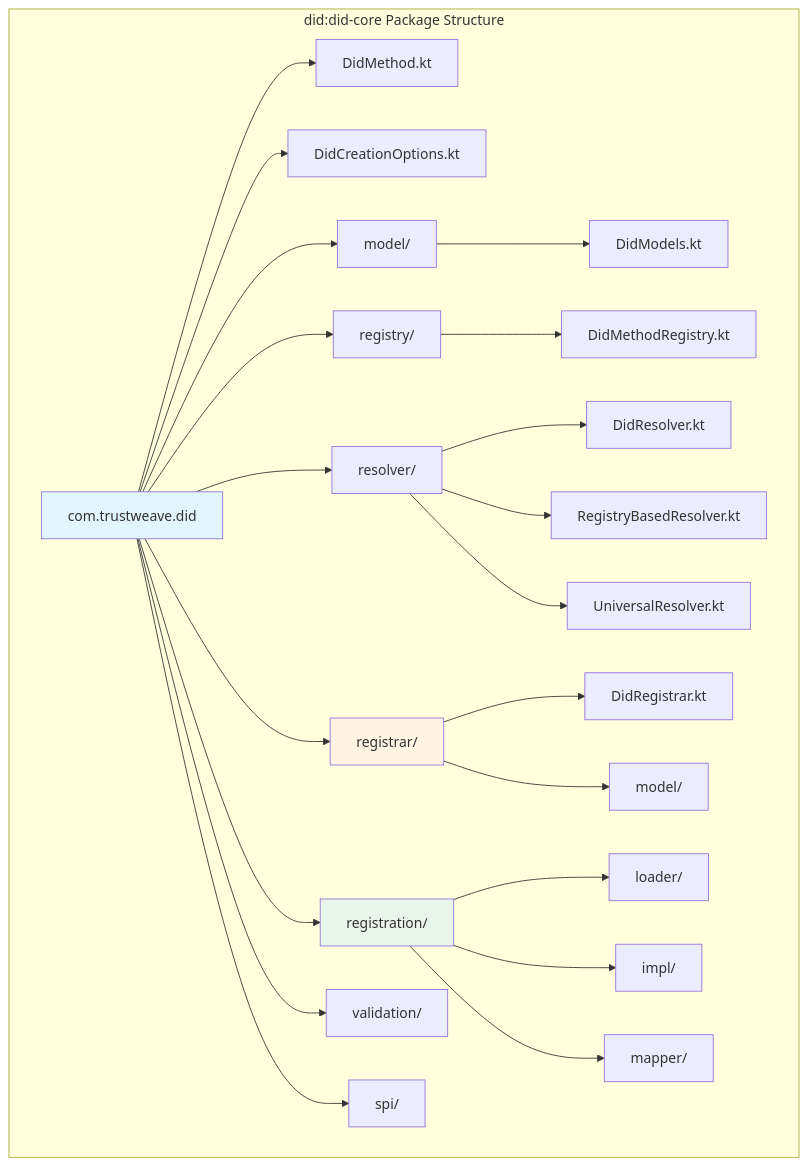
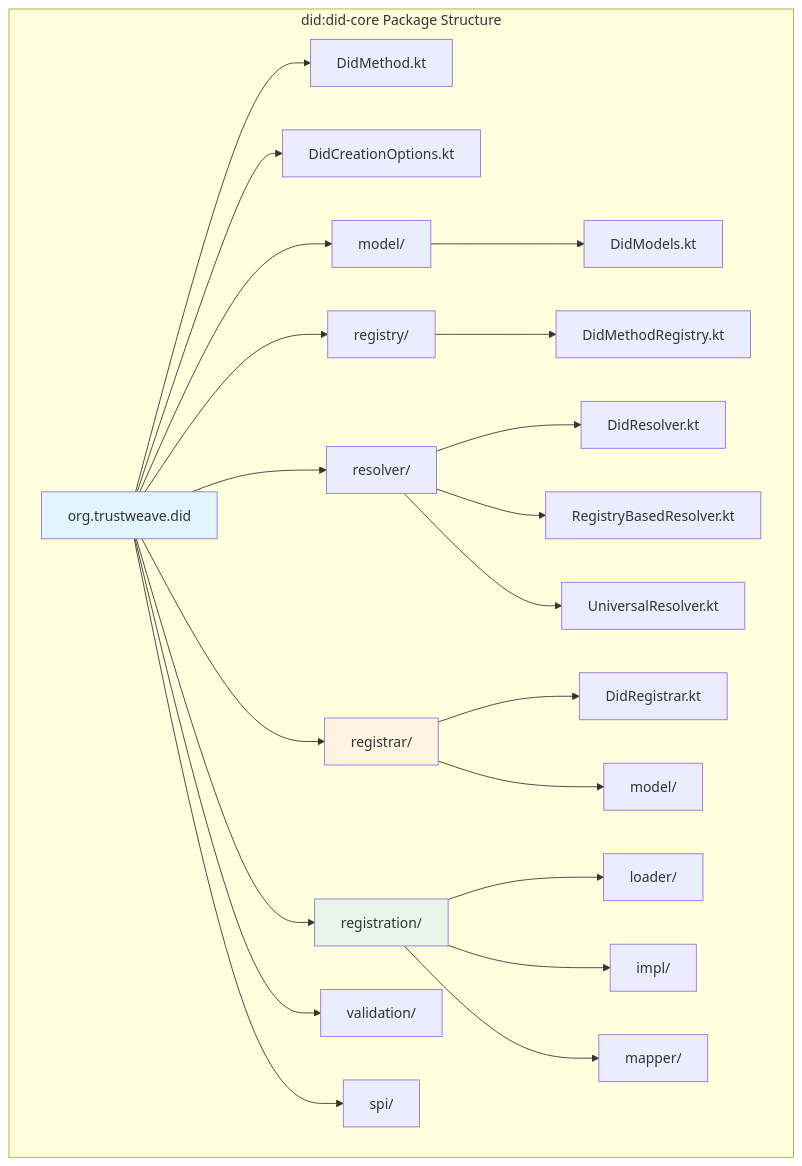
Before and after one commit to geoknoesis/trustweave: the third of 3 diagrams in docs/modules/trustweave-did.md, drawn with Mermaid. The commit also changed other lines of this file and 1960 other files, not shown here.

Commit message:
refactor com.trustweave to org.trustweave

````diff
--- a/docs/modules/trustweave-did.md
+++ b/docs/modules/trustweave-did.md
@@ -276,30 +276,30 @@
 ```mermaid
 graph TD
     subgraph "did:did-core Package Structure"
-        A[com.trustweave.did]
+        A[org.trustweave.did]
         A --> B[DidMethod.kt]
         A --> C[DidCreationOptions.kt]
         A --> D[model/]
         A --> E[registry/]
         A --> F[resolver/]
         A --> G[registrar/]
         A --> H[registration/]
         A --> I[validation/]
         A --> J[spi/]
 
         D --> D1[DidModels.kt]
         E --> E1[DidMethodRegistry.kt]
         F --> F1[DidResolver.kt]
         F --> F2[RegistryBasedResolver.kt]
         F --> F3[UniversalResolver.kt]
         G --> G1[DidRegistrar.kt]
         G --> G2[model/]
         H --> H1[loader/]
         H --> H2[impl/]
         H --> H3[mapper/]
     end
 
     style A fill:#e1f5ff
     style G fill:#fff4e1
     style H fill:#e8f5e9
 ```
````
